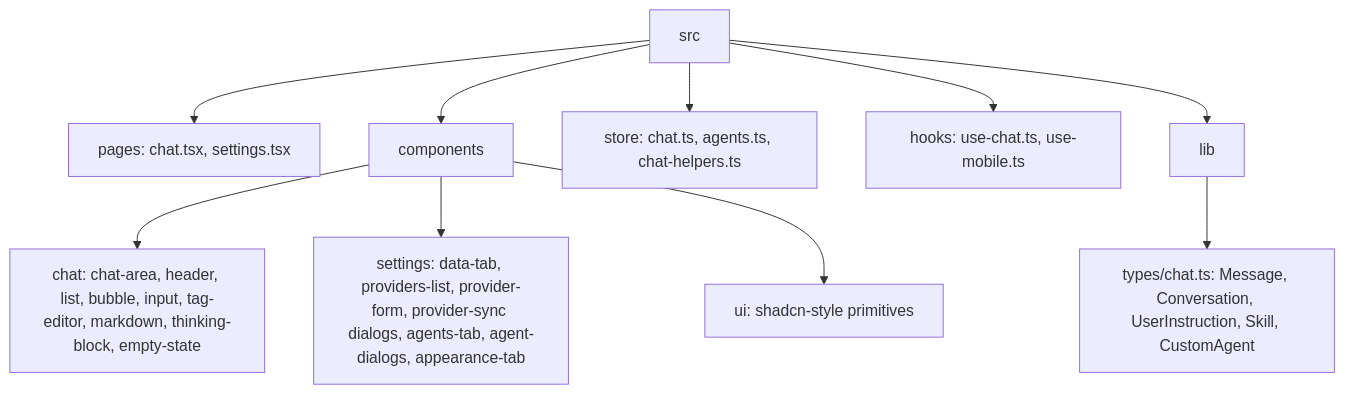
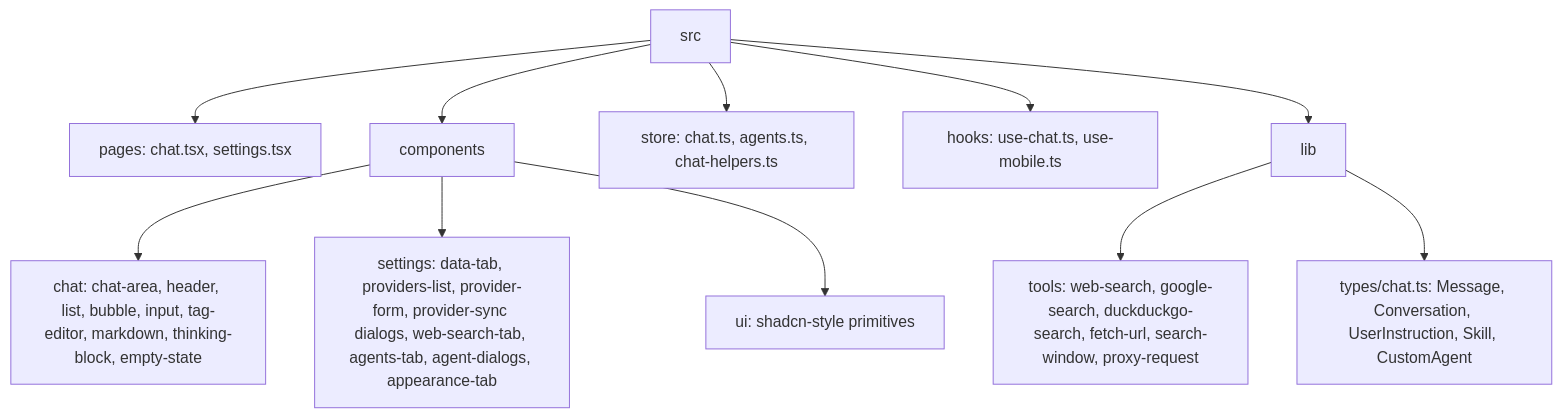
Before and after one commit to im4aLL/personal-agent: the seventh of 10 diagrams in ARCHITECTURE.md, drawn with Mermaid. The commit also changed other lines of this file and 6 other files, not shown here.

````diff
--- a/ARCHITECTURE.md
+++ b/ARCHITECTURE.md
@@ -244,12 +268,13 @@
 ```mermaid
 flowchart TD
     SRC[src] --> PAGES[pages: chat.tsx, settings.tsx]
     SRC --> COMP[components]
     SRC --> STORE[store: chat.ts, agents.ts, chat-helpers.ts]
     SRC --> HOOKS[hooks: use-chat.ts, use-mobile.ts]
     SRC --> LIB[lib]
     COMP --> CHAT[chat: chat-area, header, list, bubble, input, tag-editor, markdown, thinking-block, empty-state]
-    COMP --> SET[settings: data-tab, providers-list, provider-form, provider-sync dialogs, agents-tab, agent-dialogs, appearance-tab]
+    COMP --> SET[settings: data-tab, providers-list, provider-form, provider-sync dialogs, web-search-tab, agents-tab, agent-dialogs, appearance-tab]
     COMP --> UI[ui: shadcn-style primitives]
+    LIB --> TOOLS[tools: web-search, google-search, duckduckgo-search, fetch-url, search-window, proxy-request]
     LIB --> TYPES[types/chat.ts: Message, Conversation, UserInstruction, Skill, CustomAgent]
 ```
````
